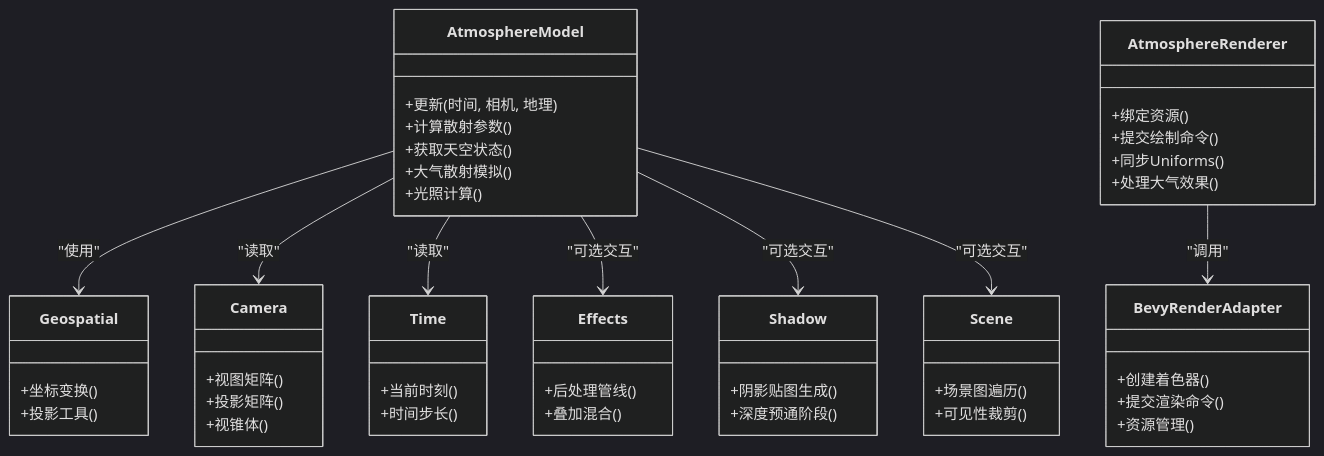
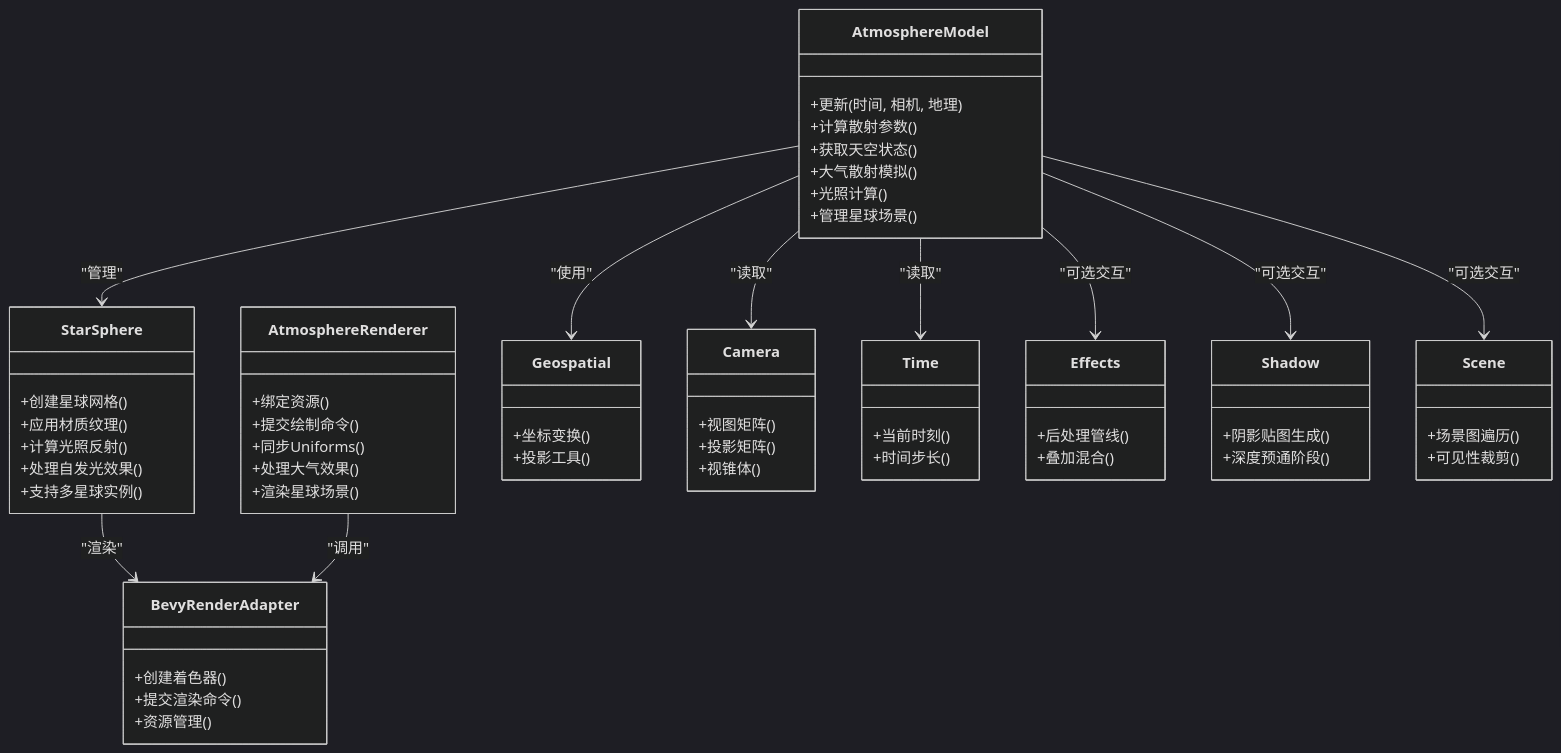
Before and after one commit to rzhangjing/cesium: the second of 6 diagrams in .qoder/repowiki/zh/content/项目概述/核心特性/大气系统.md, drawn with Mermaid (dark theme). The commit also changed other lines of this file and 30 other files, not shown here.

````diff
--- a/.qoder/repowiki/zh/content/项目概述/核心特性/大气系统.md
+++ b/.qoder/repowiki/zh/content/项目概述/核心特性/大气系统.md
@@ -99,53 +103,64 @@
 ```mermaid
 classDiagram
 class AtmosphereModel {
 +更新(时间, 相机, 地理)
 +计算散射参数()
 +获取天空状态()
 +大气散射模拟()
 +光照计算()
++管理星球场景()
+}
+class StarSphere {
++创建星球网格()
++应用材质纹理()
++计算光照反射()
++处理自发光效果()
++支持多星球实例()
 }
 class AtmosphereRenderer {
 +绑定资源()
 +提交绘制命令()
 +同步Uniforms()
 +处理大气效果()
++渲染星球场景()
 }
 class Geospatial {
 +坐标变换()
 +投影工具()
 }
 class Camera {
 +视图矩阵()
 +投影矩阵()
 +视锥体()
 }
 class Time {
 +当前时刻()
 +时间步长()
 }
 class Effects {
 +后处理管线()
 +叠加混合()
 }
 class Shadow {
 +阴影贴图生成()
 +深度预通阶段()
 }
 class Scene {
 +场景图遍历()
 +可见性裁剪()
 }
 class BevyRenderAdapter {
 +创建着色器()
 +提交渲染命令()
 +资源管理()
 }
 AtmosphereModel --> Geospatial : "使用"
 AtmosphereModel --> Camera : "读取"
 AtmosphereModel --> Time : "读取"
 AtmosphereModel --> Effects : "可选交互"
 AtmosphereModel --> Shadow : "可选交互"
 AtmosphereModel --> Scene : "可选交互"
+AtmosphereModel --> StarSphere : "管理"
+StarSphere --> BevyRenderAdapter : "渲染"
 AtmosphereRenderer --> BevyRenderAdapter : "调用"
 ```
````
